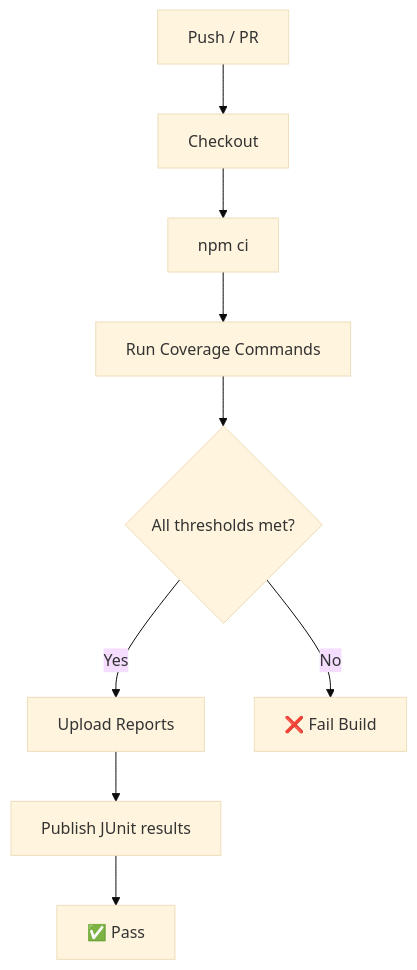
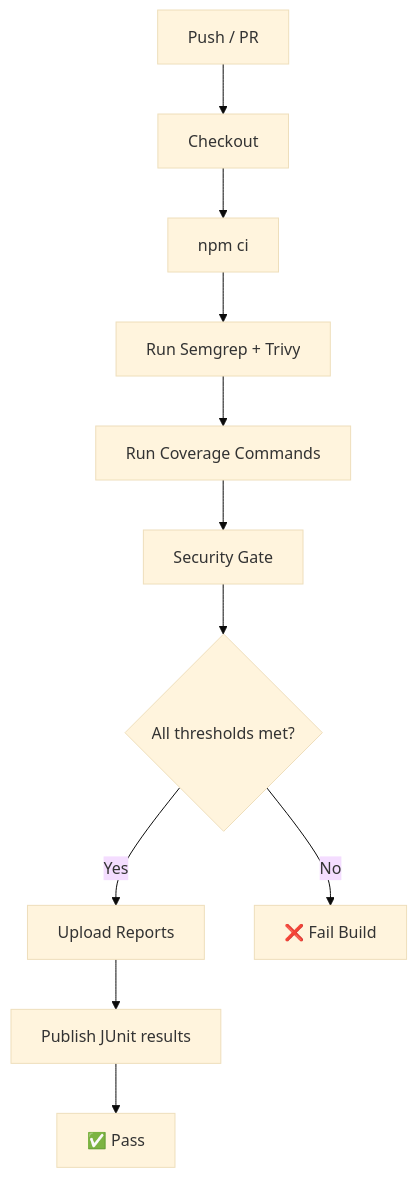
One commit to skaliber/apiTestsCoverageAnalyzer changed the diagram in docs/guide/ci-cd.md. Above: the diagram before and after it, drawn with Mermaid (base theme). The commit also changed other lines of this file and 16 other files, not shown here.

````diff
--- a/docs/guide/ci-cd.md
+++ b/docs/guide/ci-cd.md
@@ -168,11 +226,13 @@
 ```mermaid
 flowchart TD
     A[Push / PR] --> B[Checkout]
     B --> C[npm ci]
-    C --> D[Run Coverage Commands]
-    D --> E{All thresholds met?}
-    E -- Yes --> F[Upload Reports]
-    E -- No --> G[❌ Fail Build]
-    F --> H[Publish JUnit results]
-    H --> I[✅ Pass]
+    C --> D[Run Semgrep + Trivy]
+    D --> E[Run Coverage Commands]
+    E --> F[Security Gate]
+    F --> G{All thresholds met?}
+    G -- Yes --> H[Upload Reports]
+    G -- No --> I[❌ Fail Build]
+    H --> J[Publish JUnit results]
+    J --> K[✅ Pass]
 ```
````
